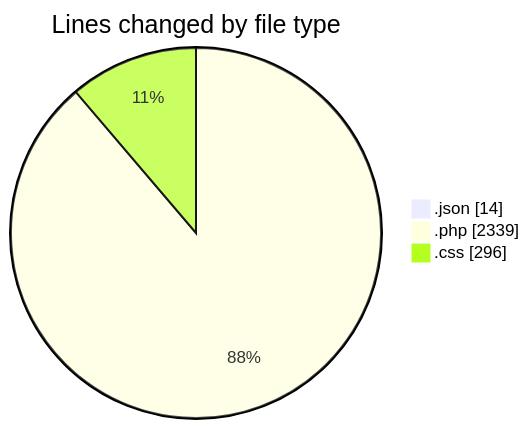
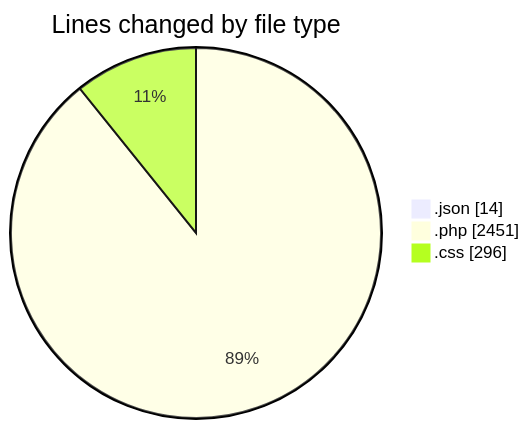
One commit to debugP/code-tracking changed the first of 2 diagrams in 2026-07-31/untitled__workspace_/README.md. Above: the diagram before and after it, drawn with Mermaid. The commit also changed other lines of this file and 1 other file, not shown here.

````diff
--- a/2026-07-31/untitled__workspace_/README.md
+++ b/2026-07-31/untitled__workspace_/README.md
@@ -23,7 +23,7 @@
 ```mermaid
 pie showData
 title Lines changed by file type
 ".json" : 14
-".php" : 2339
+".php" : 2451
 ".css" : 296
 ```
````
